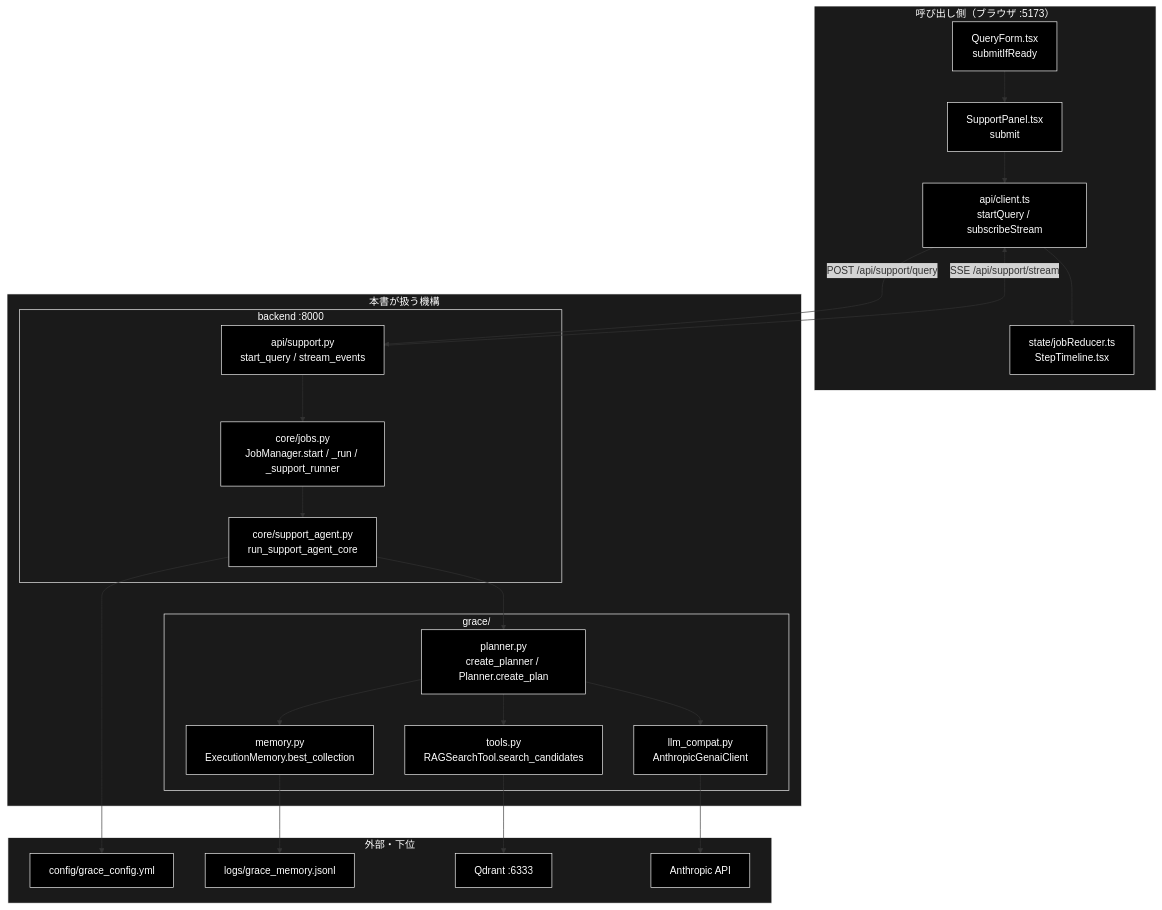
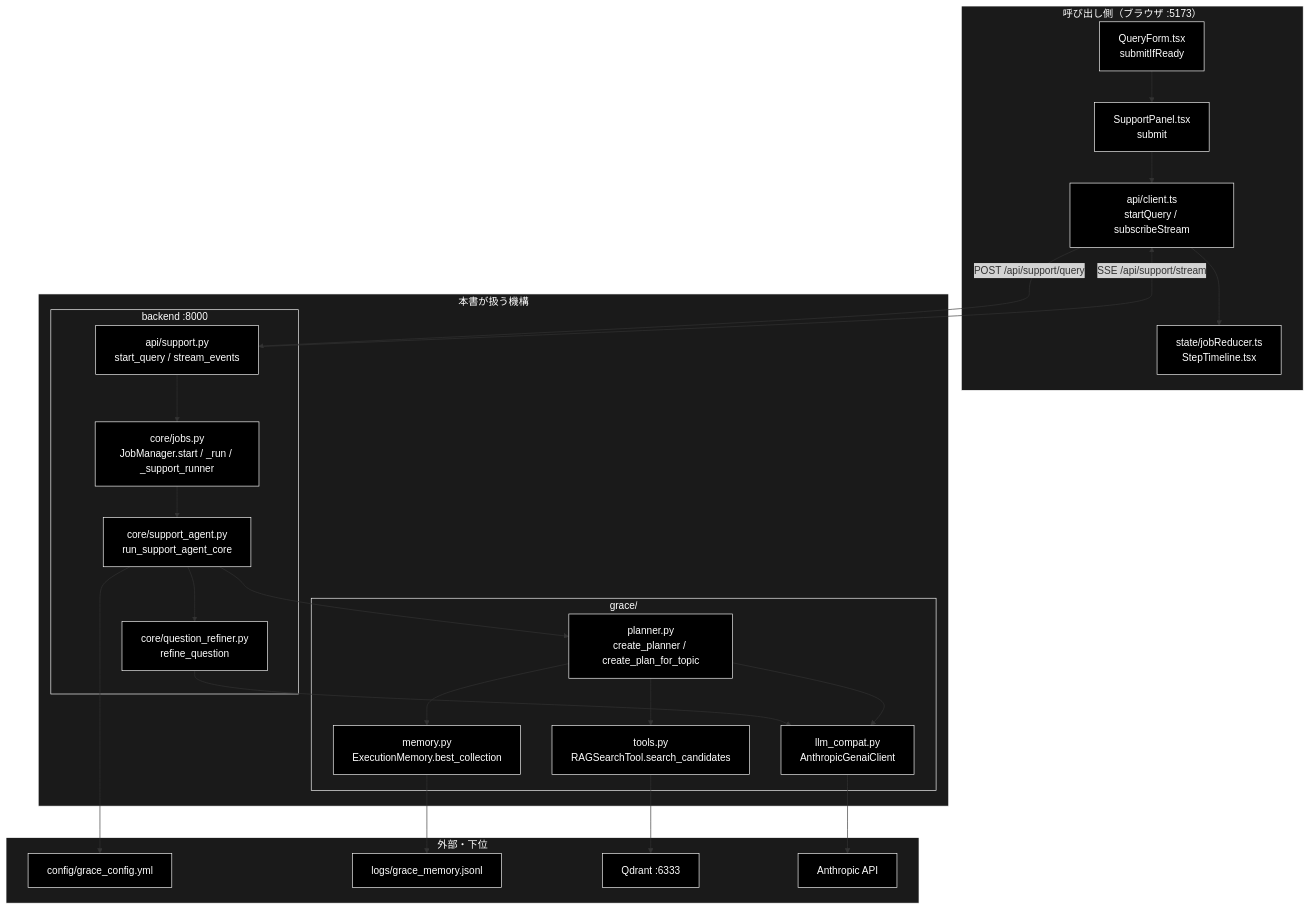
The first of 3 diagrams in tests/docs/start_planner.md (nakashima2toshio/grace_v2), drawn with Mermaid before and after one commit. The commit also changed other lines of this file and 25 other files, not shown here.

````diff
--- a/tests/docs/start_planner.md
+++ b/tests/docs/start_planner.md
@@ -56,51 +56,54 @@
 ```mermaid
 flowchart TB
     subgraph CALLER["呼び出し側（ブラウザ :5173）"]
         QF["QueryForm.tsx<br>submitIfReady"]
         SP["SupportPanel.tsx<br>submit"]
         CL["api/client.ts<br>startQuery / subscribeStream"]
         RD["state/jobReducer.ts<br>StepTimeline.tsx"]
     end
     subgraph MECH["本書が扱う機構"]
         subgraph BE["backend :8000"]
             API["api/support.py<br>start_query / stream_events"]
             JOB["core/jobs.py<br>JobManager.start / _run / _support_runner"]
             CORE["core/support_agent.py<br>run_support_agent_core"]
+            QR["core/question_refiner.py<br>refine_question"]
         end
         subgraph GR["grace/"]
-            PL["planner.py<br>create_planner / Planner.create_plan"]
+            PL["planner.py<br>create_planner / create_plan_for_topic"]
             ME["memory.py<br>ExecutionMemory.best_collection"]
             TO["tools.py<br>RAGSearchTool.search_candidates"]
             LC["llm_compat.py<br>AnthropicGenaiClient"]
         end
     end
     subgraph EXTERNAL["外部・下位"]
         CFG["config/grace_config.yml"]
         MEM["logs/grace_memory.jsonl"]
         QD["Qdrant :6333"]
         LLM["Anthropic API"]
     end
     QF --> SP
     SP --> CL
     CL -->|"POST /api/support/query"| API
     API --> JOB
     JOB --> CORE
+    CORE --> QR
+    QR --> LC
     CORE --> PL
     PL --> ME
     PL --> TO
     PL --> LC
     CORE --> CFG
     ME --> MEM
     TO --> QD
     LC --> LLM
     API -->|"SSE /api/support/stream"| CL
     CL --> RD
 classDef default fill:#000,stroke:#fff,color:#fff
 classDef subgraphStyle fill:#1a1a1a,stroke:#fff,color:#fff
-class QF,SP,CL,RD,API,JOB,CORE,PL,ME,TO,LC,CFG,MEM,QD,LLM default
+class QF,SP,CL,RD,API,JOB,CORE,QR,PL,ME,TO,LC,CFG,MEM,QD,LLM default
 style CALLER fill:#1a1a1a,stroke:#fff,color:#fff
 style MECH fill:#1a1a1a,stroke:#fff,color:#fff
 style BE fill:#1a1a1a,stroke:#fff,color:#fff
 style GR fill:#1a1a1a,stroke:#fff,color:#fff
 style EXTERNAL fill:#1a1a1a,stroke:#fff,color:#fff
 ```
````
